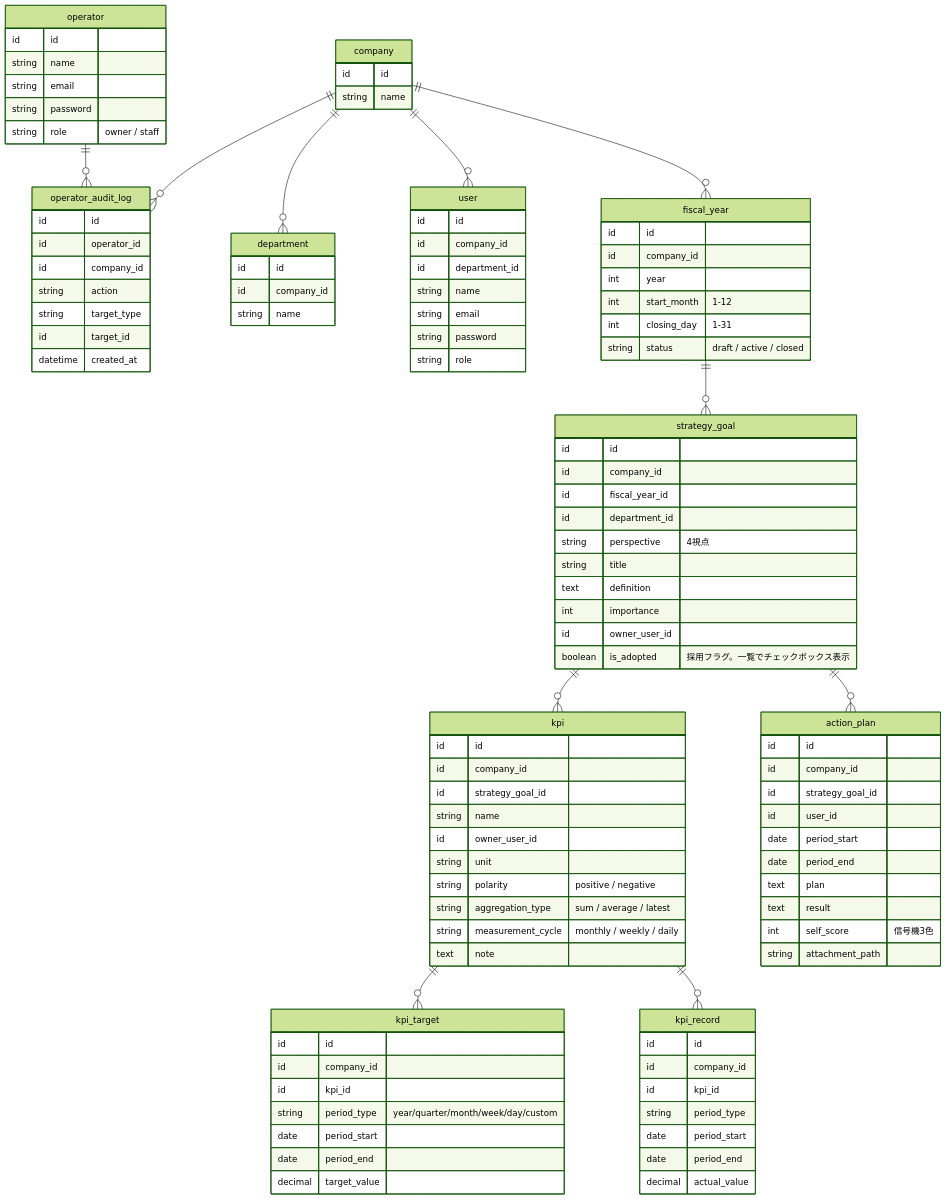
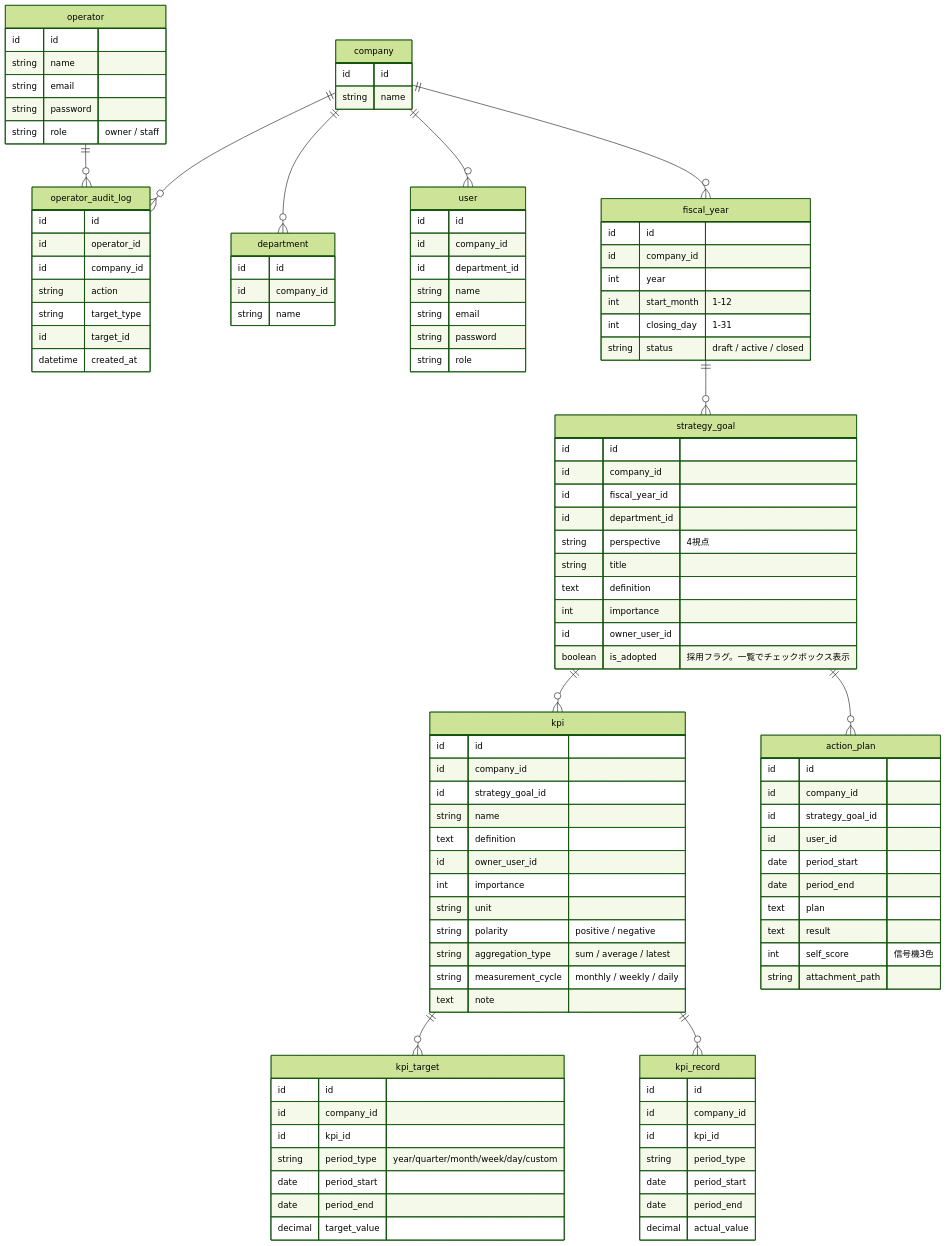
The diagram in docs/database/er-diagram.md (yuto-ogata25/Nami), drawn with Mermaid (forest theme) before and after one commit. The commit also changed other lines of this file and 17 other files, not shown here.

```diff
--- a/docs/database/er-diagram.md
+++ b/docs/database/er-diagram.md
@@ -76,7 +76,9 @@
         id company_id
         id strategy_goal_id
         string name
+        text definition
         id owner_user_id
+        int importance
         string unit
         string polarity "positive / negative"
         string aggregation_type "sum / average / latest"
```
